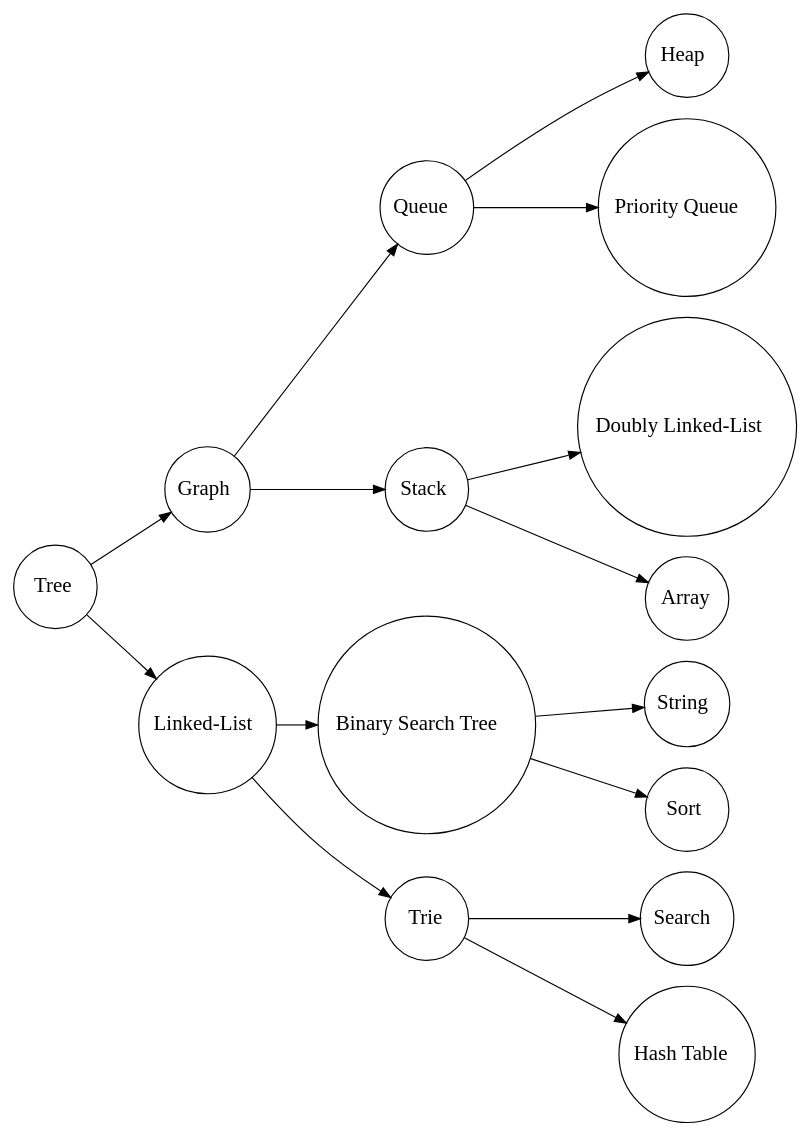
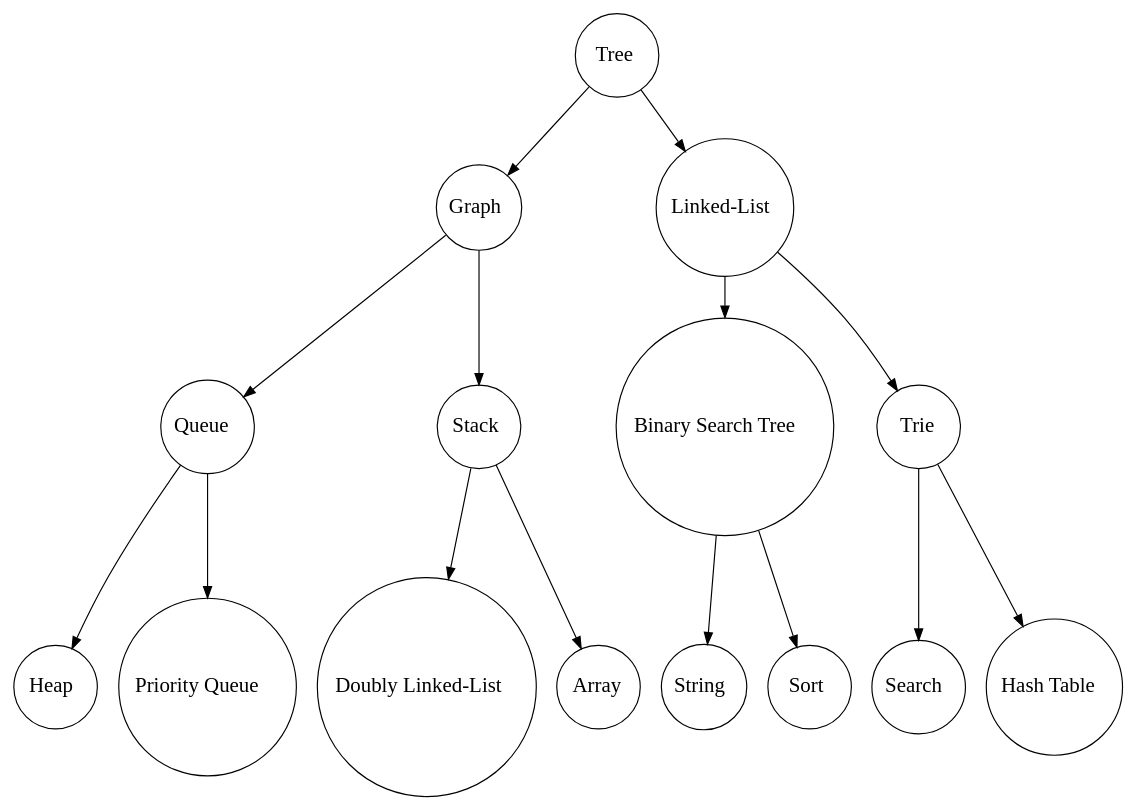
The diagram in drawer/Digraph.gv (mustafasencer/AlgorithmDataStructureWithGraphviz), drawn with Graphviz before and after one commit. The commit also changed 30 other files, not shown here.

```diff
--- a/drawer/Digraph.gv
+++ b/drawer/Digraph.gv
@@ -1,32 +1,32 @@
 digraph {
-	name="" rankdir=LR
+	name="" rankdir=TB
 	1 [label=<<FONT POINT-SIZE="18" FACE="ubuntu">Tree</FONT><BR ALIGN="CENTER"/>> height=1 shape=circle width=1]
 	2 [label=<<FONT POINT-SIZE="18" FACE="ubuntu">Graph</FONT><BR ALIGN="CENTER"/>> height=1 shape=circle width=1]
 	3 [label=<<FONT POINT-SIZE="18" FACE="ubuntu">Linked-List</FONT><BR ALIGN="CENTER"/>> height=1 shape=circle width=1]
 	4 [label=<<FONT POINT-SIZE="18" FACE="ubuntu">Queue</FONT><BR ALIGN="CENTER"/>> height=1 shape=circle width=1]
 	5 [label=<<FONT POINT-SIZE="18" FACE="ubuntu">Stack</FONT><BR ALIGN="CENTER"/>> height=1 shape=circle width=1]
 	6 [label=<<FONT POINT-SIZE="18" FACE="ubuntu">Binary Search Tree</FONT><BR ALIGN="CENTER"/>> height=1 shape=circle width=1]
 	7 [label=<<FONT POINT-SIZE="18" FACE="ubuntu">Trie</FONT><BR ALIGN="CENTER"/>> height=1 shape=circle width=1]
 	8 [label=<<FONT POINT-SIZE="18" FACE="ubuntu">Heap</FONT><BR ALIGN="CENTER"/>> height=1 shape=circle width=1]
 	9 [label=<<FONT POINT-SIZE="18" FACE="ubuntu">Priority Queue</FONT><BR ALIGN="CENTER"/>> height=1 shape=circle width=1]
 	10 [label=<<FONT POINT-SIZE="18" FACE="ubuntu">Doubly Linked-List</FONT><BR ALIGN="CENTER"/>> height=1 shape=circle width=1]
 	11 [label=<<FONT POINT-SIZE="18" FACE="ubuntu">Array</FONT><BR ALIGN="CENTER"/>> height=1 shape=circle width=1]
 	12 [label=<<FONT POINT-SIZE="18" FACE="ubuntu">String</FONT><BR ALIGN="CENTER"/>> height=1 shape=circle width=1]
 	13 [label=<<FONT POINT-SIZE="18" FACE="ubuntu">Sort</FONT><BR ALIGN="CENTER"/>> height=1 shape=circle width=1]
 	14 [label=<<FONT POINT-SIZE="18" FACE="ubuntu">Search</FONT><BR ALIGN="CENTER"/>> height=1 shape=circle width=1]
 	15 [label=<<FONT POINT-SIZE="18" FACE="ubuntu">Hash Table</FONT><BR ALIGN="CENTER"/>> height=1 shape=circle width=1]
 	1 -> 2
 	1 -> 3
 	2 -> 4
 	2 -> 5
 	3 -> 6
 	3 -> 7
 	4 -> 8
 	4 -> 9
 	5 -> 10
 	5 -> 11
 	6 -> 12
 	6 -> 13
 	7 -> 14
 	7 -> 15
 }
```
